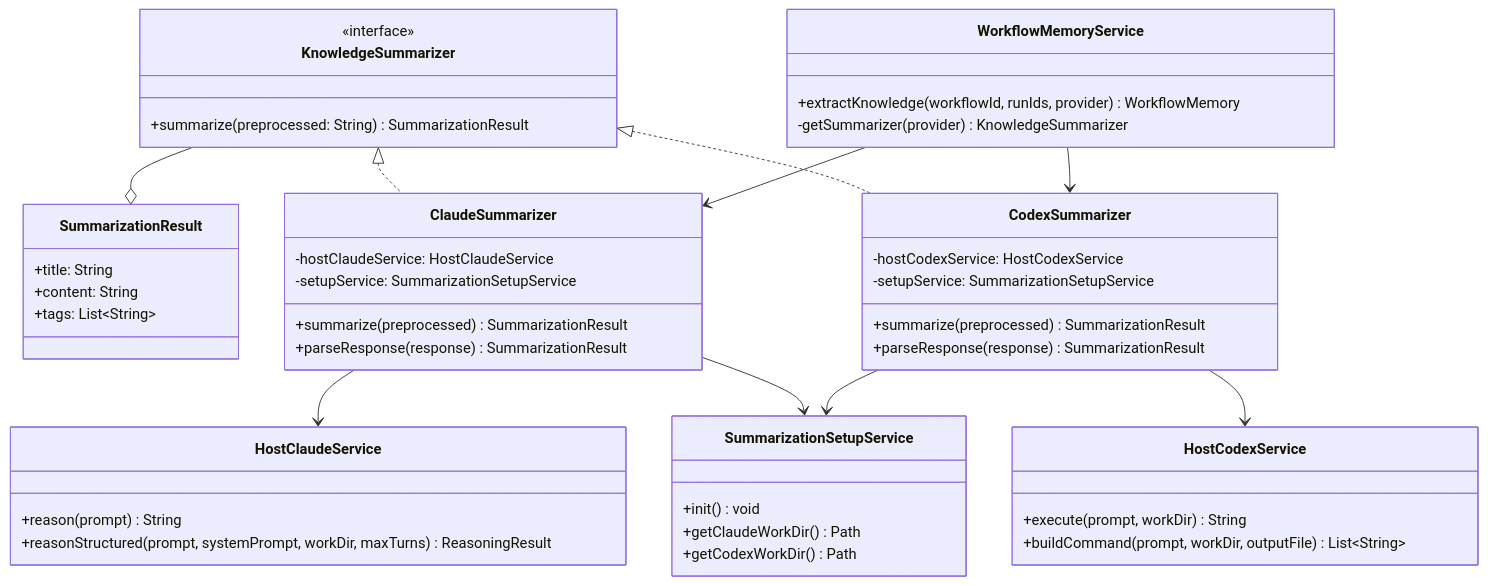
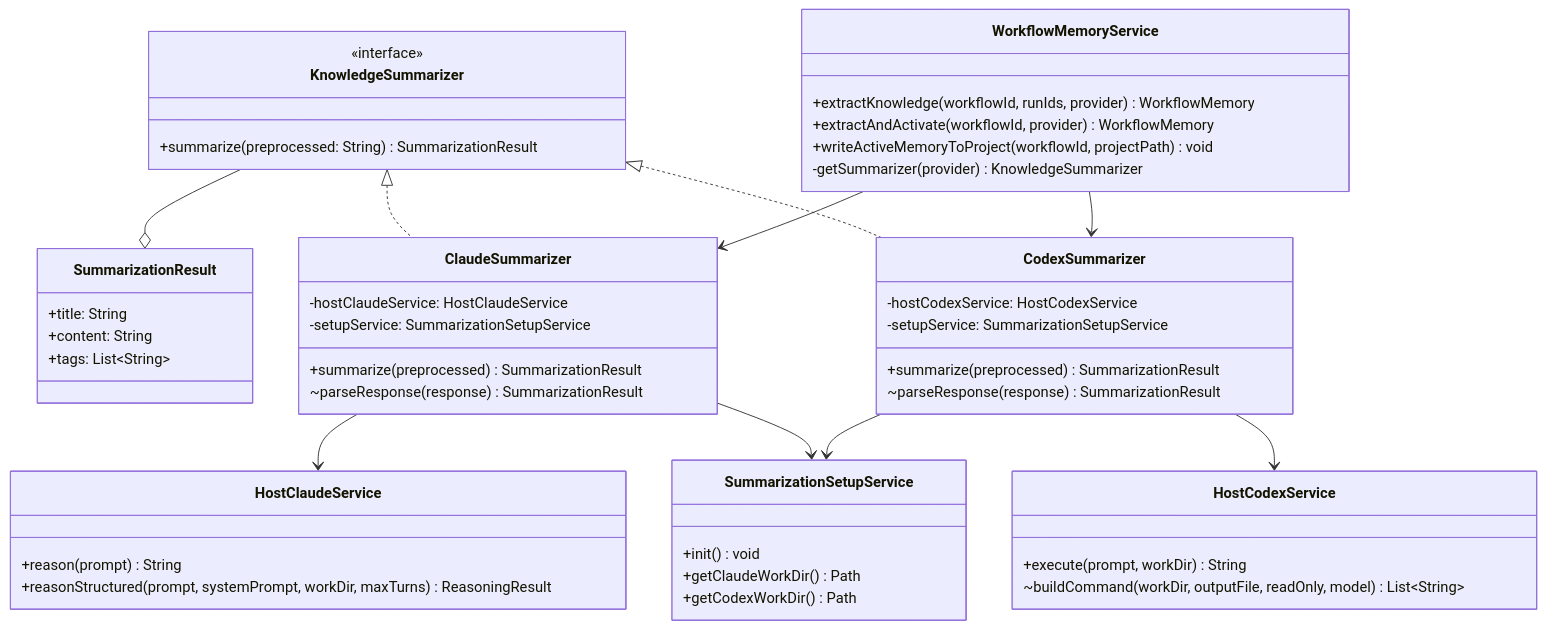
The third of 7 diagrams in docs/en/workflow-memory-diagrams.md (FLSEST/MySuricates), drawn with Mermaid before and after one commit. The commit also changed other lines of this file and 4 other files, not shown here.

First line of the commit message:
docs(diagramme): Memory page describes the current state instead of an old refactoring

````diff
--- a/docs/en/workflow-memory-diagrams.md
+++ b/docs/en/workflow-memory-diagrams.md
@@ -95,51 +97,53 @@
 ```mermaid
 classDiagram
     class KnowledgeSummarizer {
         <<interface>>
         +summarize(preprocessed: String) SummarizationResult
     }
     class SummarizationResult {
         +title: String
         +content: String
         +tags: List~String~
     }
     class ClaudeSummarizer {
         -hostClaudeService: HostClaudeService
         -setupService: SummarizationSetupService
         +summarize(preprocessed) SummarizationResult
-        +parseResponse(response) SummarizationResult
+        ~parseResponse(response) SummarizationResult
     }
     class CodexSummarizer {
         -hostCodexService: HostCodexService
         -setupService: SummarizationSetupService
         +summarize(preprocessed) SummarizationResult
-        +parseResponse(response) SummarizationResult
+        ~parseResponse(response) SummarizationResult
     }
     class HostClaudeService {
         +reason(prompt) String
         +reasonStructured(prompt, systemPrompt, workDir, maxTurns) ReasoningResult
     }
     class HostCodexService {
         +execute(prompt, workDir) String
-        +buildCommand(prompt, workDir, outputFile) List~String~
+        ~buildCommand(workDir, outputFile, readOnly, model) List~String~
     }
     class SummarizationSetupService {
         +init() void
         +getClaudeWorkDir() Path
         +getCodexWorkDir() Path
     }
     class WorkflowMemoryService {
         +extractKnowledge(workflowId, runIds, provider) WorkflowMemory
+        +extractAndActivate(workflowId, provider) WorkflowMemory
+        +writeActiveMemoryToProject(workflowId, projectPath) void
         -getSummarizer(provider) KnowledgeSummarizer
     }
 
     KnowledgeSummarizer <|.. ClaudeSummarizer
     KnowledgeSummarizer <|.. CodexSummarizer
     KnowledgeSummarizer --o SummarizationResult
     ClaudeSummarizer --> HostClaudeService
     ClaudeSummarizer --> SummarizationSetupService
     CodexSummarizer --> HostCodexService
     CodexSummarizer --> SummarizationSetupService
     WorkflowMemoryService --> ClaudeSummarizer
     WorkflowMemoryService --> CodexSummarizer
 ```
````
